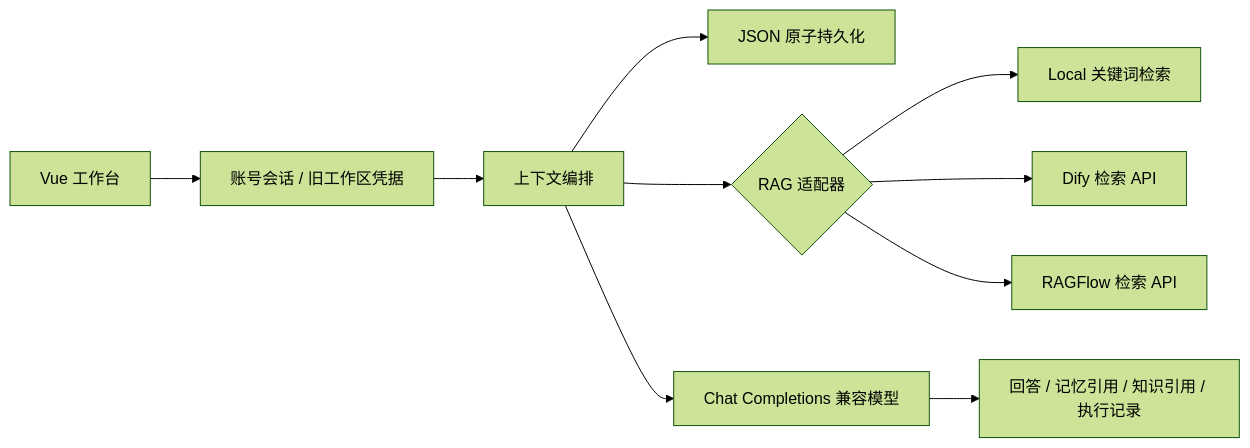
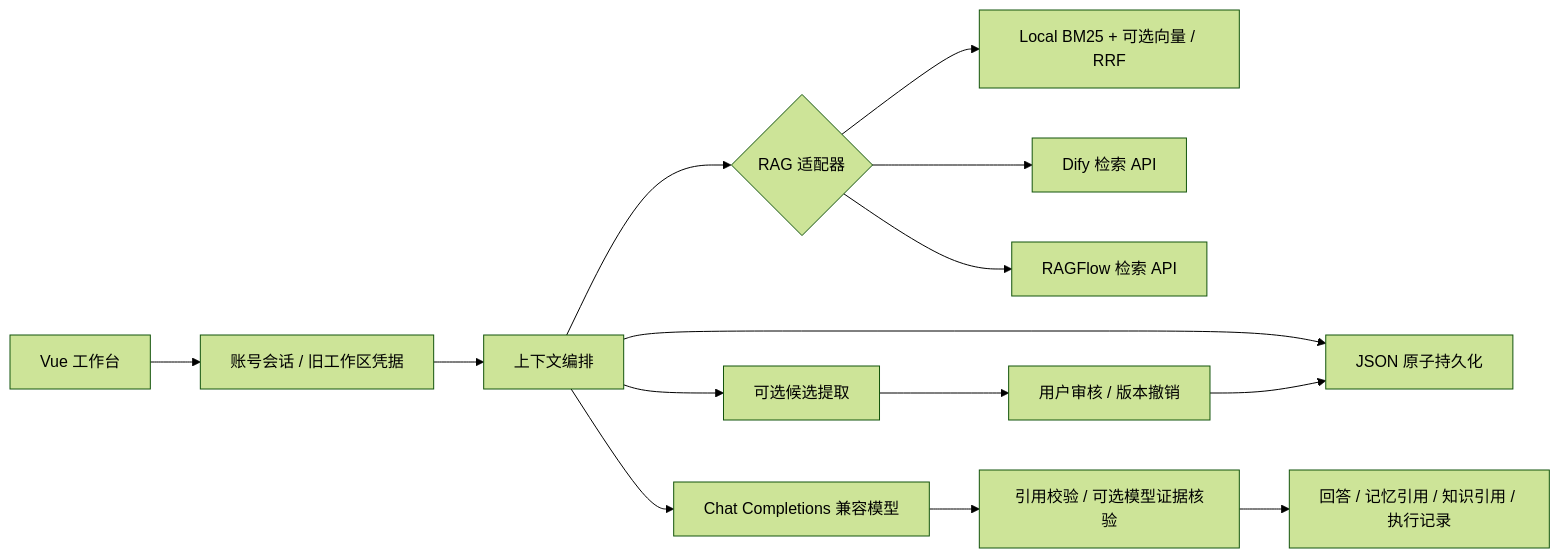
Before and after one commit to BStronger1/recall-agent: the diagram in README.md, drawn with Mermaid (forest theme). The commit also changed other lines of this file and 21 other files, not shown here.

````diff
--- a/README.md
+++ b/README.md
@@ -81,12 +95,16 @@
 ```mermaid
 flowchart LR
     UI[Vue 工作台] --> Gate[账号会话 / 旧工作区凭据]
     Gate --> Agent[上下文编排]
     Agent --> Memory[JSON 原子持久化]
     Agent --> RAG{RAG 适配器}
-    RAG --> Local[Local 关键词检索]
+    RAG --> Local[Local BM25 + 可选向量 / RRF]
     RAG --> Dify[Dify 检索 API]
     RAG --> Ragflow[RAGFlow 检索 API]
     Agent --> Model[Chat Completions 兼容模型]
-    Model --> Result[回答 / 记忆引用 / 知识引用 / 执行记录]
+    Model --> Guard[引用校验 / 可选模型证据核验]
+    Guard --> Result[回答 / 记忆引用 / 知识引用 / 执行记录]
+    Agent --> Proposals[可选候选提取]
+    Proposals --> Review[用户审核 / 版本撤销]
+    Review --> Memory
 ```
````
